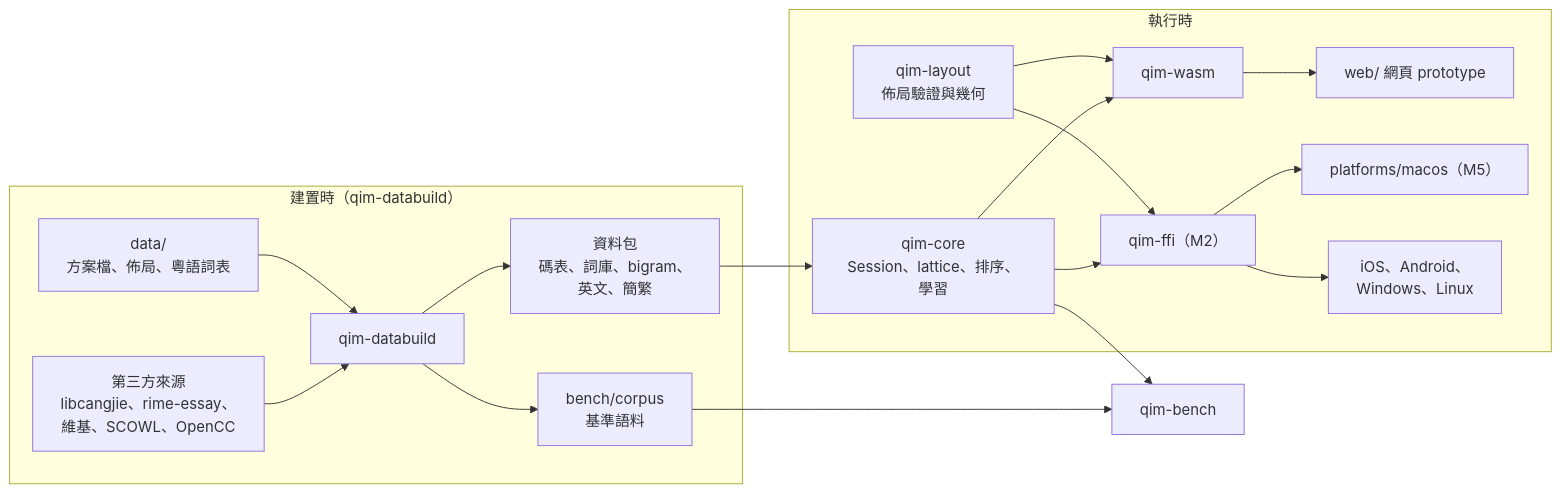
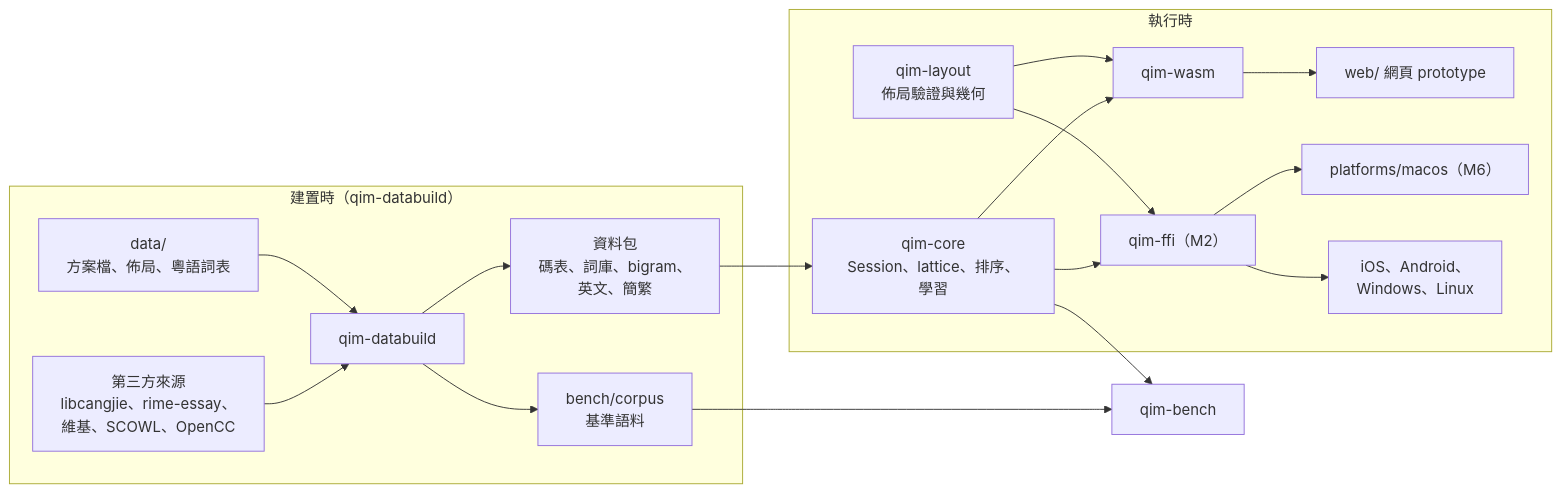
The first of 2 diagrams in docs/plan.md (1morr/QIM), drawn with Mermaid before and after one commit. The commit also changed other lines of this file and 5 other files, not shown here.

````diff
--- a/docs/plan.md
+++ b/docs/plan.md
@@ -29,30 +29,30 @@
 ```mermaid
 flowchart LR
   subgraph Build["建置時（qim-databuild）"]
     Src["第三方來源<br/>libcangjie、rime-essay、<br/>維基、SCOWL、OpenCC"] --> DB["qim-databuild"]
     Own["data/<br/>方案檔、佈局、粵語詞表"] --> DB
     DB --> Packs["資料包<br/>碼表、詞庫、bigram、<br/>英文、簡繁"]
     DB --> Corpus["bench/corpus<br/>基準語料"]
   end
 
   subgraph Runtime["執行時"]
     Core["qim-core<br/>Session、lattice、排序、學習"]
     Layout["qim-layout<br/>佈局驗證與幾何"]
     Wasm["qim-wasm"]
     Ffi["qim-ffi（M2）"]
     Web["web/ 網頁 prototype"]
-    Mac["platforms/macos（M5）"]
+    Mac["platforms/macos（M6）"]
     Others["iOS、Android、<br/>Windows、Linux"]
   end
 
   Packs --> Core
   Core --> Wasm
   Layout --> Wasm
   Core --> Ffi
   Layout --> Ffi
   Wasm --> Web
   Ffi --> Mac
   Ffi --> Others
   Corpus --> Bench["qim-bench"]
   Core --> Bench
 ```
````
